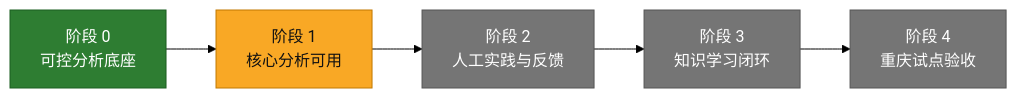
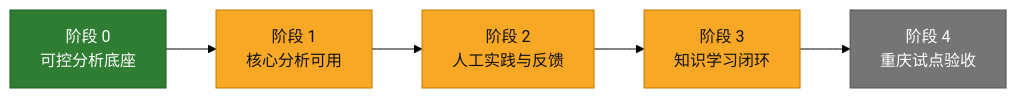
One commit to FlyingJackLee/expert-engine changed the first of 2 diagrams in docs/development-plan.md. Above: the diagram before and after it, drawn with Mermaid (forest theme). The commit also changed other lines of this file and 14 other files, not shown here.

````diff
--- a/docs/development-plan.md
+++ b/docs/development-plan.md
@@ -7,14 +7,15 @@
 ```mermaid
 flowchart LR
     F[阶段 0<br/>可控分析底座] --> C[阶段 1<br/>核心分析可用]
     C --> H[阶段 2<br/>人工实践与反馈]
     H --> K[阶段 3<br/>知识学习闭环]
     K --> P[阶段 4<br/>重庆试点验收]
 
     classDef done fill:#2e7d32,color:#fff,stroke:#1b5e20;
     classDef active fill:#f9a825,color:#111,stroke:#c17900;
     classDef planned fill:#757575,color:#fff,stroke:#555;
     class F done;
     class C active;
-    class H,K,P planned;
+    class H,K active;
+    class P planned;
 ```
````
